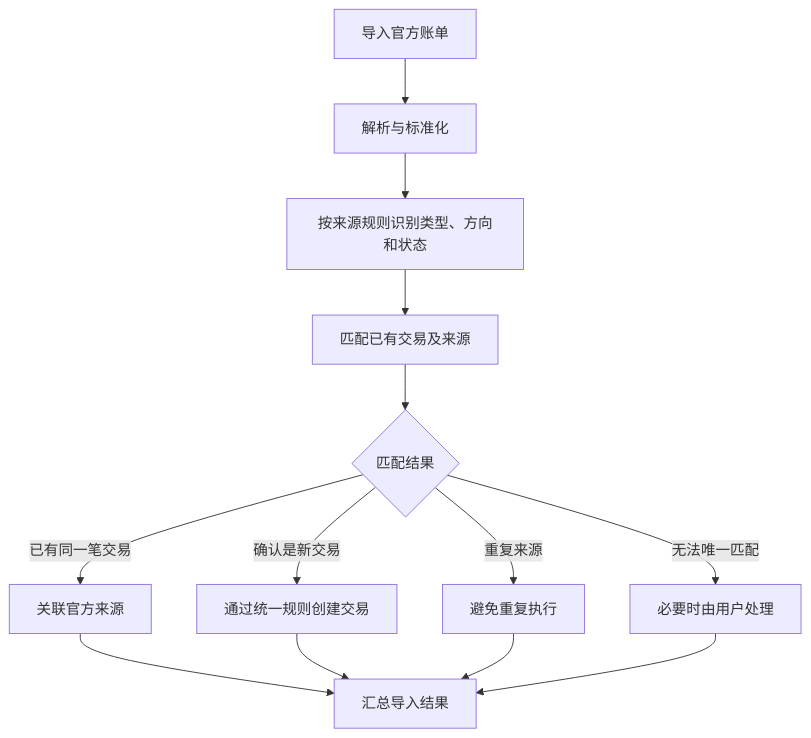
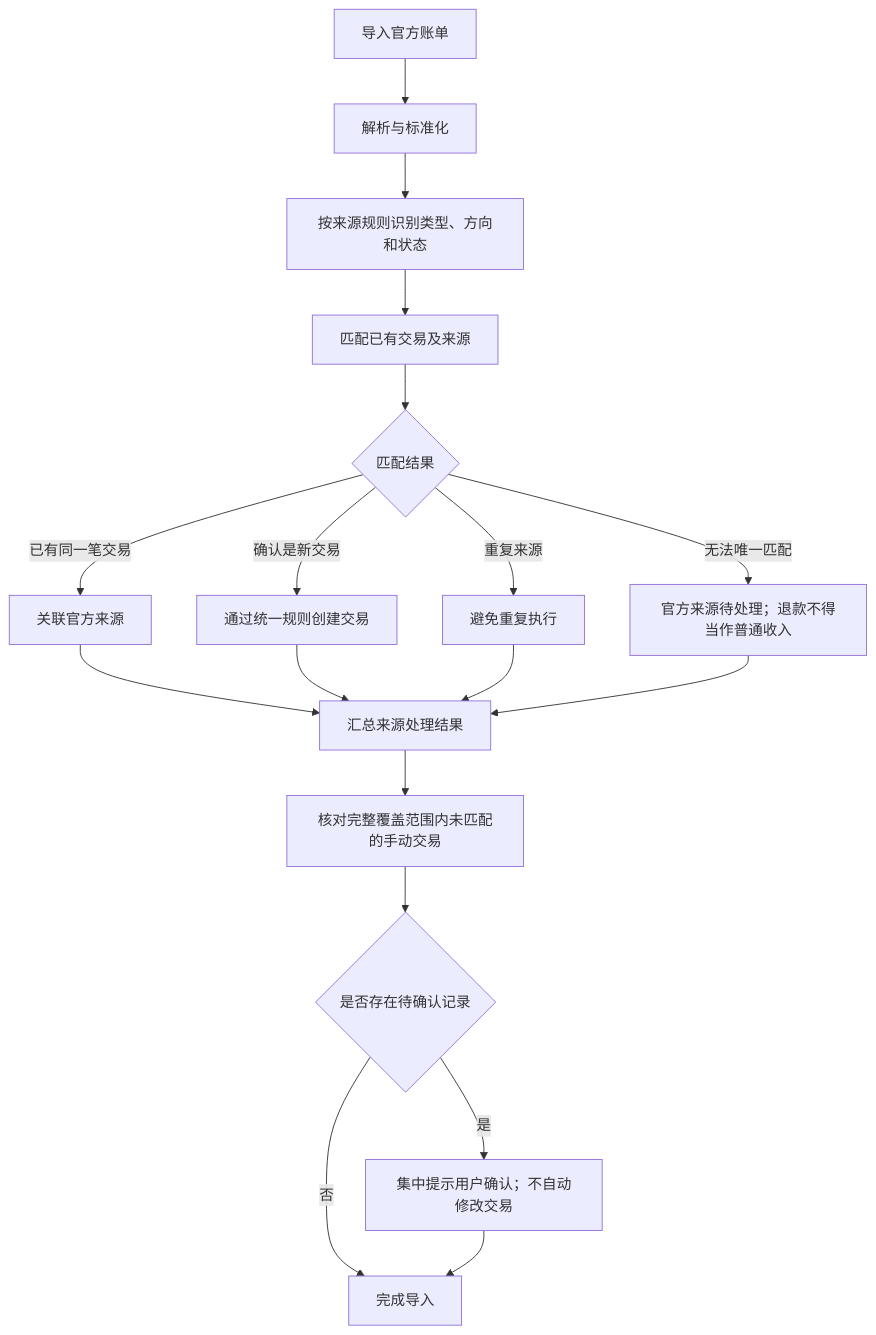
The fourth of 4 diagrams in docs/BUSINESS_RULES_DISCUSSION.md (AsteriaAnna/ledger-final), drawn with Mermaid before and after one commit.

Commit message:
docs: place reconciliation rule in import section and update flow

````diff
--- a/docs/BUSINESS_RULES_DISCUSSION.md
+++ b/docs/BUSINESS_RULES_DISCUSSION.md
@@ -481,15 +481,20 @@
 ```mermaid
 flowchart TD
     A["导入官方账单"] --> B["解析与标准化"]
     B --> C["按来源规则识别类型、方向和状态"]
     C --> D["匹配已有交易及来源"]
     D --> E{"匹配结果"}
     E -->|"已有同一笔交易"| F["关联官方来源"]
     E -->|"确认是新交易"| G["通过统一规则创建交易"]
     E -->|"重复来源"| H["避免重复执行"]
-    E -->|"无法唯一匹配"| I["必要时由用户处理"]
-    F --> J["汇总导入结果"]
+    E -->|"无法唯一匹配"| I["官方来源待处理；退款不得当作普通收入"]
+    F --> J["汇总来源处理结果"]
     G --> J
     H --> J
     I --> J
+    J --> K["核对完整覆盖范围内未匹配的手动交易"]
+    K --> L{"是否存在待确认记录"}
+    L -->|"是"| M["集中提示用户确认；不自动修改交易"]
+    L -->|"否"| N["完成导入"]
+    M --> N
 ```
````
